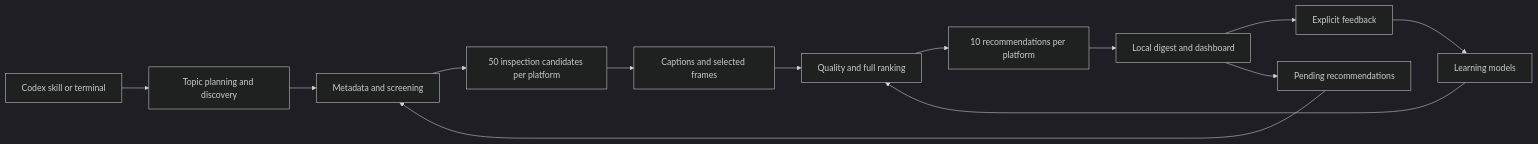
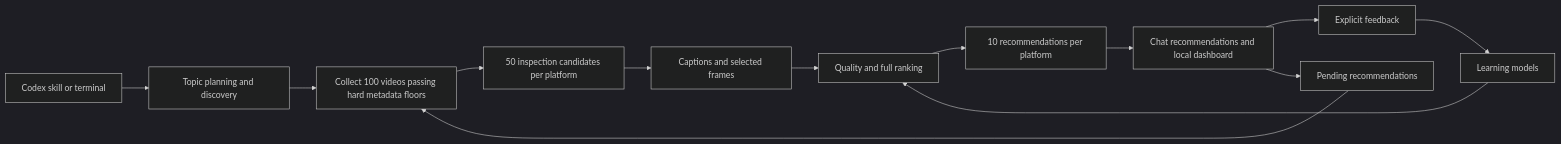
The diagram in docs/ARCHITECTURE.md (antidemosthenes/broader-vids), drawn with Mermaid (dark theme) before and after one commit. The commit also changed other lines of this file and 191 other files, not shown here.

````diff
--- a/docs/ARCHITECTURE.md
+++ b/docs/ARCHITECTURE.md
@@ -65,15 +70,15 @@
 ```mermaid
 flowchart LR
   A[Codex skill or terminal] --> B[Topic planning and discovery]
-  B --> C[Metadata and screening]
+  B --> C[Collect 100 videos passing hard metadata floors]
   P[Pending recommendations] --> C
   C --> D[50 inspection candidates per platform]
   D --> E[Captions and selected frames]
   E --> F[Quality and full ranking]
   F --> G[10 recommendations per platform]
-  G --> H[Local digest and dashboard]
+  G --> H[Chat recommendations and local dashboard]
   H --> I[Explicit feedback]
   I --> J[Learning models]
   J --> F
   H --> P
 ```
````
